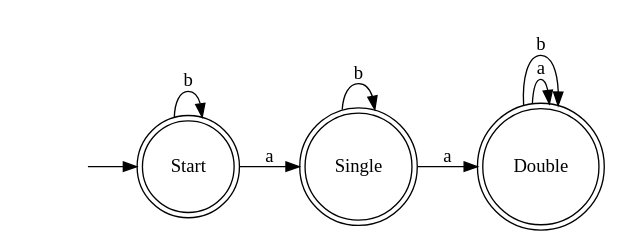
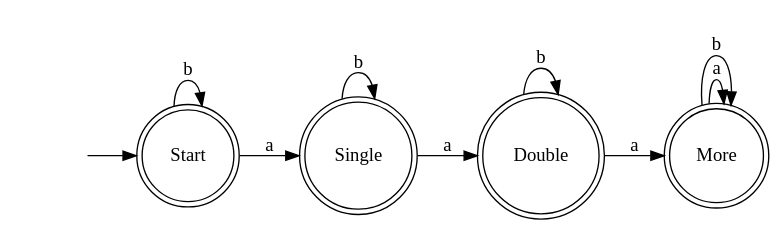
One commit to Hoverbear/CSC-320 changed the diagram in assignments/a1/graphs/2-l3.dot. Above: the diagram before and after it, drawn with Graphviz. The commit also changed 8 other files, not shown here.

```diff
--- a/assignments/a1/graphs/2-l3.dot
+++ b/assignments/a1/graphs/2-l3.dot
@@ -1,19 +1,22 @@
 digraph finite_state_machine {
 	rankdir = LR;
 	/*size = "4,6"*/
 	/*ppi = 300*/
 	node [ shape = none ] "";
-	node [ shape = doublecircle ]; "Single" "Start" "Double";
+	node [ shape = doublecircle ]; "Single" "Start" "Double" "More";
 	node [ shape = circle ];
 
 	"" -> "Start"
 
 	"Start" -> "Single"  [ label = "a" ]
 	"Start" -> "Start"   [ label = "b" ]
 
-    "Single" -> "Double"   [ label = "a" ]
-    "Single" -> "Single"   [ label = "b" ]
+	"Single" -> "Double"   [ label = "a" ]
+	"Single" -> "Single"   [ label = "b" ]
 
-    "Double" -> "Double" [ label = "a"]
-    "Double" -> "Double" [ label = "b"]
+	"Double" -> "More" [ label = "a"]
+	"Double" -> "Double" [ label = "b"]
+
+	"More" -> "More" [ label = "a"]
+	"More" -> "More" [ label = "b"]
 }
```
